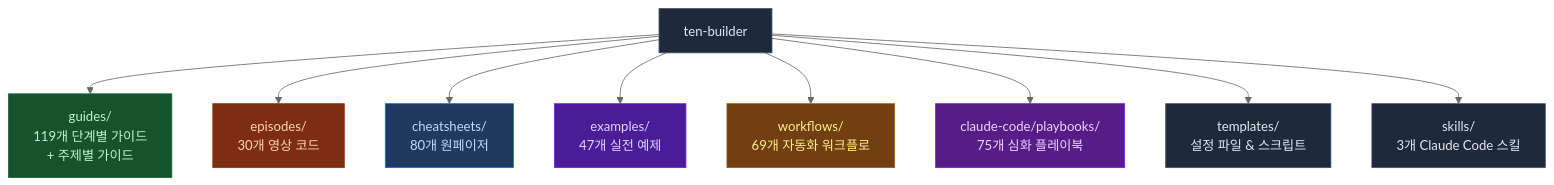
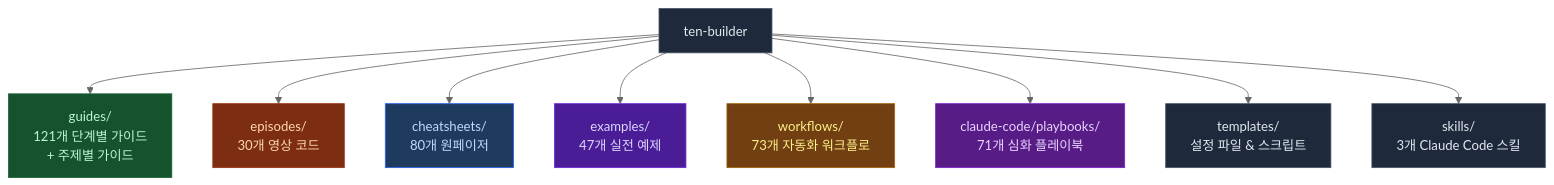
Before and after one commit to ten-builder/ten-builder: the first of 2 diagrams in README.md, drawn with Mermaid (neutral theme). The commit also changed other lines of this file, not shown here.

Commit message:
docs(readme): sync guides 120-121, workflows x4, playbook 71-multi-agent

````diff
--- a/README.md
+++ b/README.md
@@ -23,21 +23,21 @@
 ```mermaid
 flowchart TD
-    R["ten-builder"] --> G["guides/\n119개 단계별 가이드\n+ 주제별 가이드"]
+    R["ten-builder"] --> G["guides/\n121개 단계별 가이드\n+ 주제별 가이드"]
     R --> E["episodes/\n30개 영상 코드"]
     R --> C["cheatsheets/\n80개 원페이저"]
     R --> EX["examples/\n47개 실전 예제"]
-    R --> W["workflows/\n69개 자동화 워크플로"]
-    R --> P["claude-code/playbooks/\n75개 심화 플레이북"]
+    R --> W["workflows/\n73개 자동화 워크플로"]
+    R --> P["claude-code/playbooks/\n71개 심화 플레이북"]
     R --> T["templates/\n설정 파일 & 스크립트"]
     R --> S["skills/\n3개 Claude Code 스킬"]
 
     style R fill:#1e293b,stroke:#475569,color:#e2e8f0
     style G fill:#14532d,stroke:#166534,color:#bbf7d0
     style E fill:#7c2d12,stroke:#9a3412,color:#fed7aa
     style C fill:#1e3a5f,stroke:#2563eb,color:#bfdbfe
     style EX fill:#4a1d96,stroke:#6d28d9,color:#ddd6fe
     style W fill:#713f12,stroke:#a16207,color:#fef08a
     style P fill:#581c87,stroke:#7e22ce,color:#e9d5ff
     style T fill:#1e293b,stroke:#475569,color:#e2e8f0
     style S fill:#1e293b,stroke:#475569,color:#e2e8f0
 ```
````
